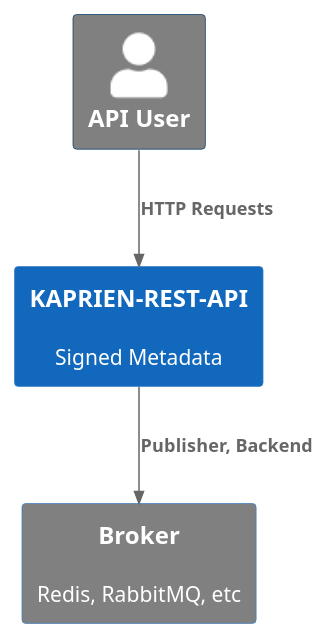
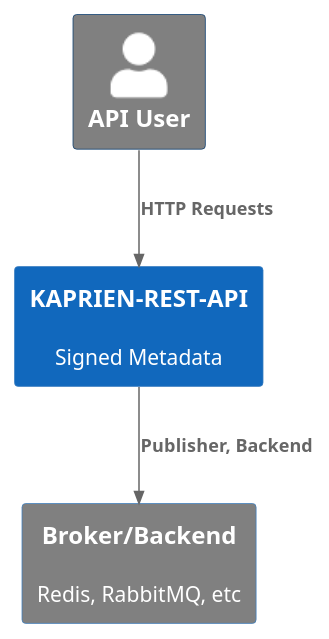
One commit to repository-service-tuf/repository-service-tuf-api changed the diagram in docs/diagrams/kaprien-rest-api-C1.puml. Above: the diagram before and after it, drawn with PlantUML. The commit also changed 4 other files, not shown here.

First line of the commit message:
Rename REDIS_SERVER to RESULT_BACKEND_SERVER

```diff
--- a/docs/diagrams/kaprien-rest-api-C1.puml
+++ b/docs/diagrams/kaprien-rest-api-C1.puml
@@ -1,18 +1,18 @@
 @startuml Context
 !include https://raw.githubusercontent.com/plantuml-stdlib/C4-PlantUML/master/C4_Context.puml
 
 AddRelTag("validate", $textColor="orange", $lineColor="Blue", $lineStyle = DashedLine())
 AddRelTag("download", $textColor="orange", $lineColor="Blue")
 
 
 Person(user, "API User")  #Grey
 
 System(kaprien, "KAPRIEN-REST-API", "Signed Metadata")
-System(queue, "Broker", "Redis, RabbitMQ, etc") #Grey
+System(queue, "Broker/Backend", "Redis, RabbitMQ, etc") #Grey
 
 Rel_D(user, kaprien, "HTTP Requests")
 Rel_D(kaprien, queue, "Publisher, Backend")
 
 
 HIDE_STEREOTYPE()
 @enduml
```
